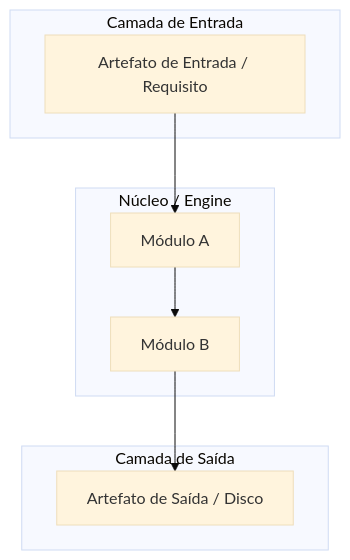
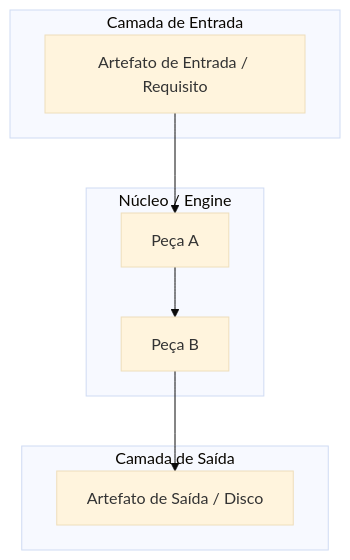
One commit to heverton-dev/LegoLoop changed the diagram in docs/templates/TEMPLATE_SPEC.md. Above: the diagram before and after it, drawn with Mermaid (base theme). The commit also changed other lines of this file and 28 other files, not shown here.

````diff
--- a/docs/templates/TEMPLATE_SPEC.md
+++ b/docs/templates/TEMPLATE_SPEC.md
@@ -63,17 +63,17 @@
 ```mermaid
 flowchart TD
     subgraph Entrada ["Camada de Entrada"]
         In1["Artefato de Entrada / Requisito"]
     end
 
     subgraph Nucleo ["Núcleo / Engine"]
-        M1["Módulo A"] --> M2["Módulo B"]
+        M1["Peça A"] --> M2["Peça B"]
     end
 
     subgraph Saida ["Camada de Saída"]
         Out1["Artefato de Saída / Disco"]
     end
 
     In1 --> M1
     M2 --> Out1
 ```
````
